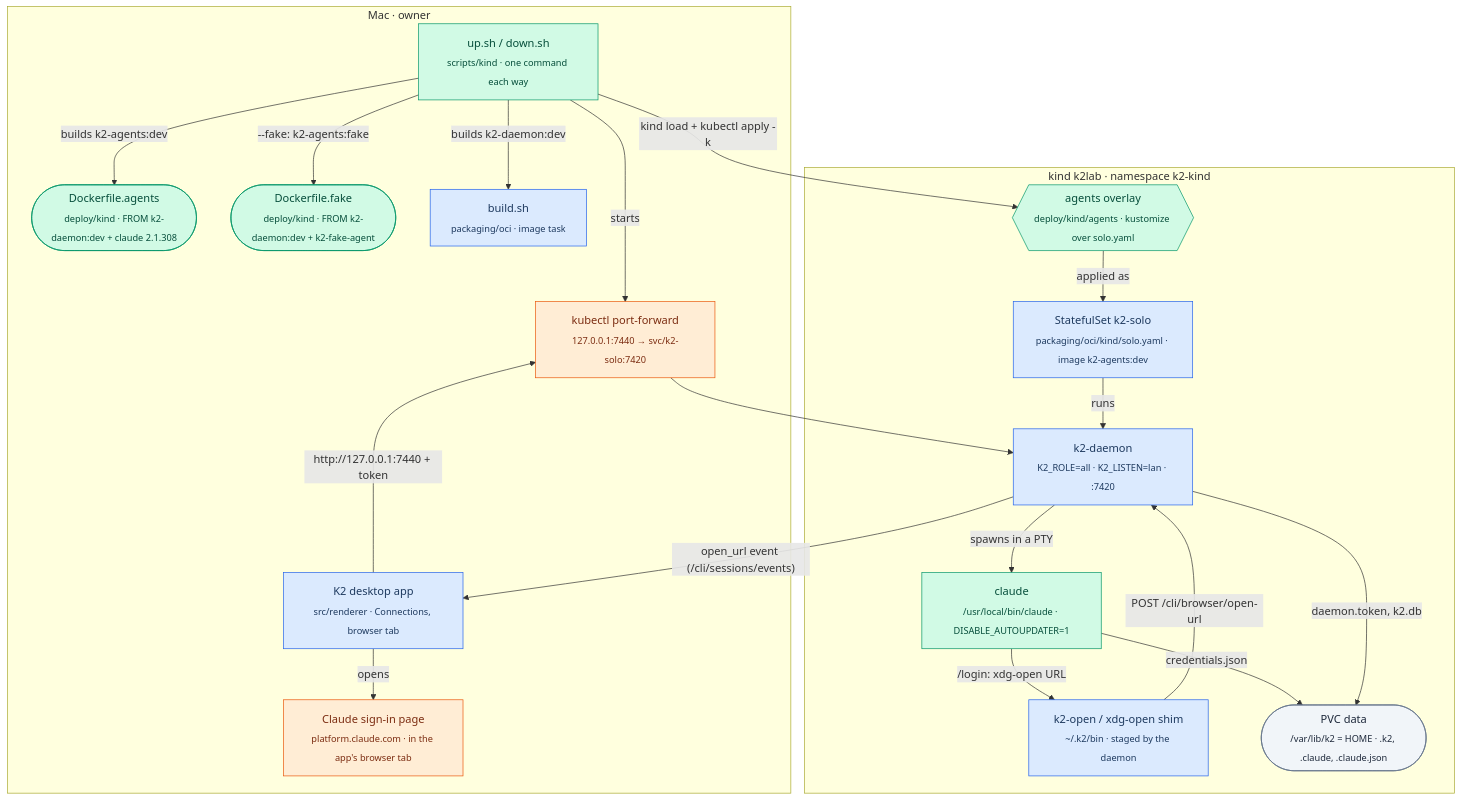
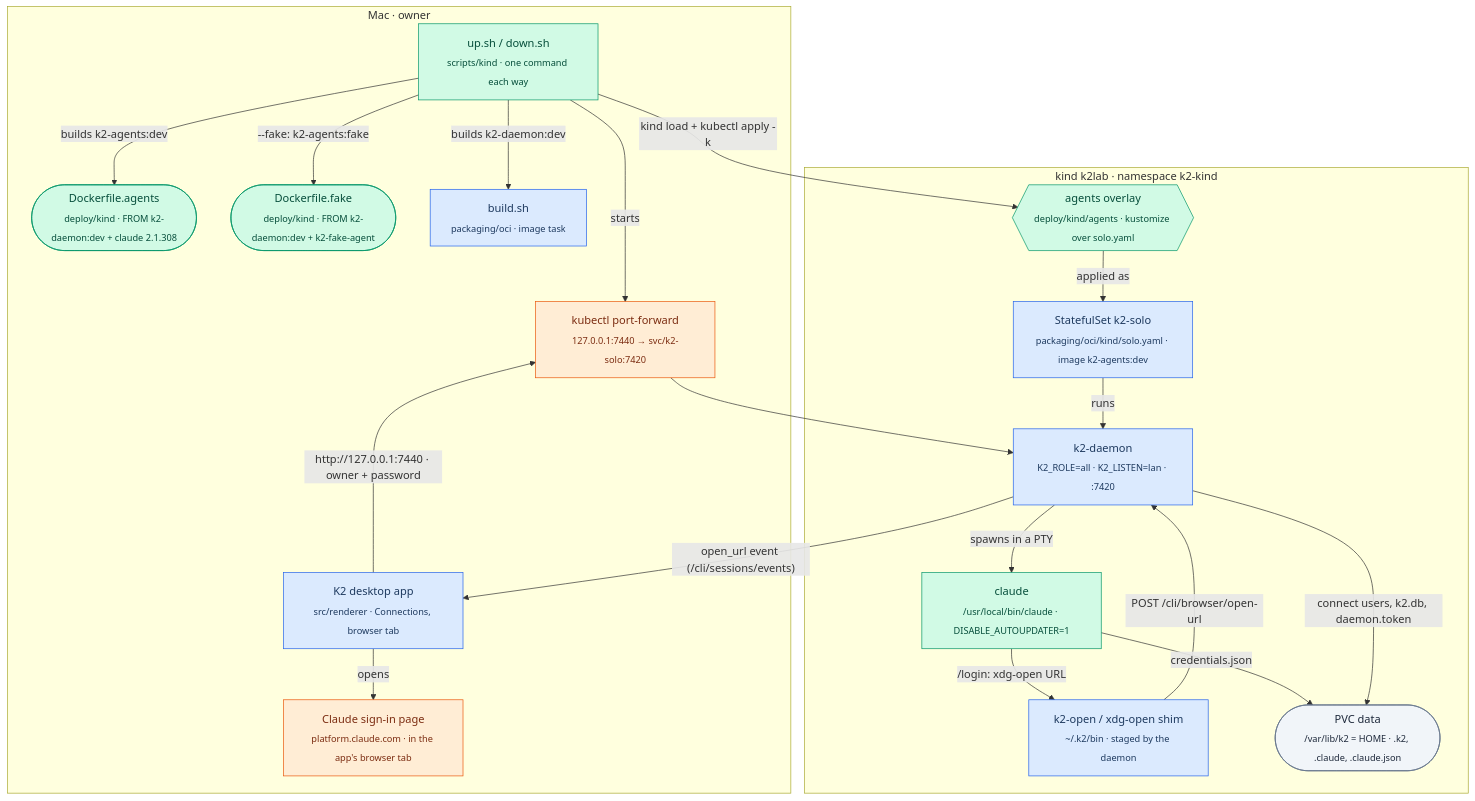
One commit to mlops-club/K2 changed the first of 2 diagrams in docs/prd/progress/kind-app.md. Above: the diagram before and after it, drawn with Mermaid. The commit also changed other lines of this file and 11 other files, not shown here.

````diff
--- a/docs/prd/progress/kind-app.md
+++ b/docs/prd/progress/kind-app.md
@@ -11,52 +11,52 @@
 ```mermaid
 graph TD
     %% ── Colour legend ──────────────────────────────────────────────
     %% Blue = exists today · Violet = changed · Green = new
     %% Orange = outside K2 · Slate = files, volumes, env
     %% Shapes: rect = process, stadium = files/volume, hexagon = derived,
     %%         flag = env var or setting
 
     %% ── MAC · the owner's machine ─────────────────────────────────
     subgraph mac [Mac · owner]
         UP[up.sh / down.sh<br/><sub>scripts/kind · one command each way</sub>]:::new
         DFA([Dockerfile.agents<br/><sub>deploy/kind · FROM k2-daemon:dev + claude 2.1.308</sub>]):::new
         DFF([Dockerfile.fake<br/><sub>deploy/kind · FROM k2-daemon:dev + k2-fake-agent</sub>]):::new
         OCI[build.sh<br/><sub>packaging/oci · image task</sub>]:::existing
         PF[kubectl port-forward<br/><sub>127.0.0.1:7440 → svc/k2-solo:7420</sub>]:::external
         APP[K2 desktop app<br/><sub>src/renderer · Connections, browser tab</sub>]:::existing
         BR[Claude sign-in page<br/><sub>platform.claude.com · in the app's browser tab</sub>]:::external
         UP -- builds k2-daemon:dev --> OCI
         UP -- builds k2-agents:dev --> DFA
         UP -- "--fake: k2-agents:fake" --> DFF
         UP -- starts --> PF
-        APP -- "http://127.0.0.1:7440 + token" --> PF
+        APP -- "http://127.0.0.1:7440 · owner + password" --> PF
         APP -- opens --> BR
     end
 
     %% ── KIND · cluster k2lab ──────────────────────────────────────
     subgraph kind [kind k2lab · namespace k2-kind]
         KZ{{agents overlay<br/><sub>deploy/kind/agents · kustomize over solo.yaml</sub>}}:::new
         STS[StatefulSet k2-solo<br/><sub>packaging/oci/kind/solo.yaml · image k2-agents:dev</sub>]:::existing
         D[k2-daemon<br/><sub>K2_ROLE=all · K2_LISTEN=lan · :7420</sub>]:::existing
         SHIM[k2-open / xdg-open shim<br/><sub>~/.k2/bin · staged by the daemon</sub>]:::existing
         CL[claude<br/><sub>/usr/local/bin/claude · DISABLE_AUTOUPDATER=1</sub>]:::new
         PVC([PVC data<br/><sub>/var/lib/k2 = HOME · .k2, .claude, .claude.json</sub>]):::state
         KZ -- applied as --> STS
         STS -- runs --> D
         D -- spawns in a PTY --> CL
         CL -- "/login: xdg-open URL" --> SHIM
         SHIM -- POST /cli/browser/open-url --> D
         CL -- credentials.json --> PVC
-        D -- daemon.token, k2.db --> PVC
+        D -- "connect users, k2.db, daemon.token" --> PVC
     end
 
     UP -- kind load + kubectl apply -k --> KZ
     PF --> D
     D -- "open_url event (/cli/sessions/events)" --> APP
 
     classDef existing fill:#dbeafe,stroke:#2563eb,color:#1e3a5f
     classDef changed  fill:#ede9fe,stroke:#7c3aed,color:#3b0764
     classDef new      fill:#d1fae5,stroke:#059669,color:#064e3b
     classDef external fill:#ffedd5,stroke:#ea580c,color:#7c2d12
     classDef state    fill:#f1f5f9,stroke:#64748b,color:#1e293b
 ```
````
